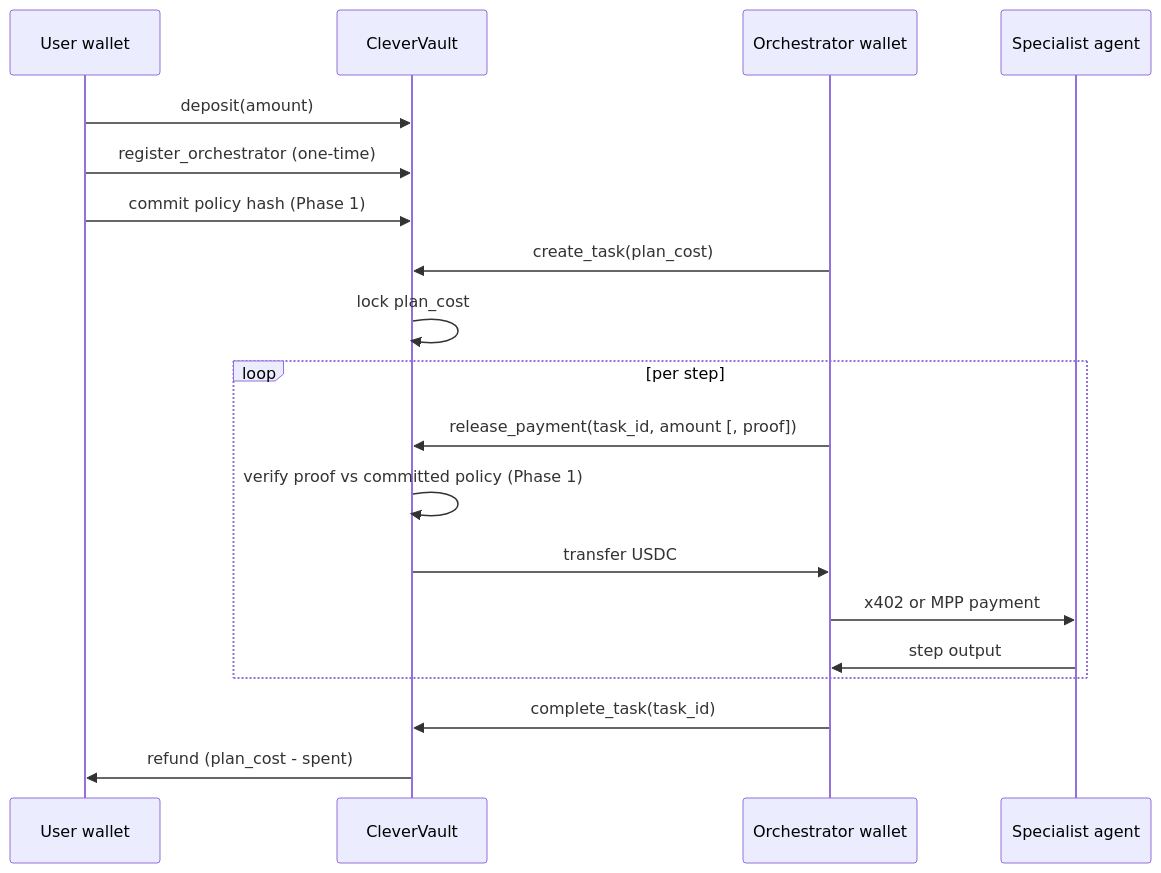
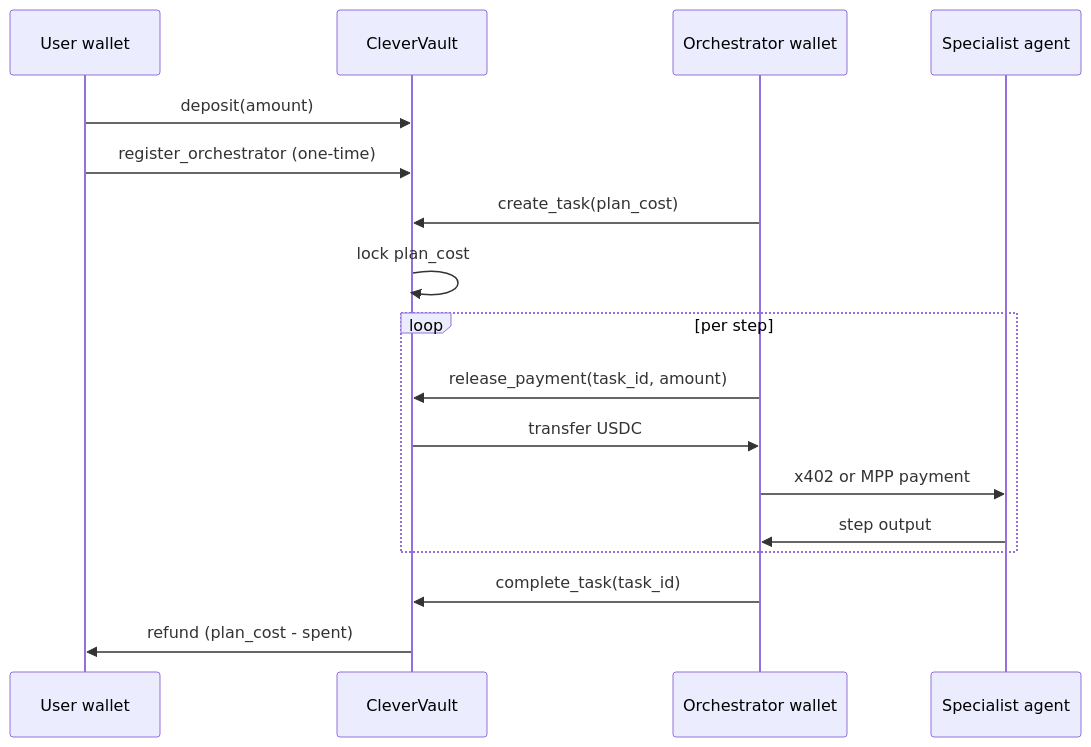
One commit to BountySpaghetti/clevercon changed the third of 3 diagrams in docs/architecture.md. Above: the diagram before and after it, drawn with Mermaid. The commit also changed other lines of this file and 6 other files, not shown here.

First line of the commit message:
Focus the docs on what CleverCon does today: a non-custodial vault, an orchestrator that hires agents, and payment over x402/MPP on testnet. Private spending policies are marked as roadmap, not present.

````diff
--- a/docs/architecture.md
+++ b/docs/architecture.md
@@ -175,22 +107,20 @@
 ```mermaid
 sequenceDiagram
     participant U as User wallet
     participant V as CleverVault
     participant O as Orchestrator wallet
     participant A as Specialist agent
 
     U->>V: deposit(amount)
     U->>V: register_orchestrator (one-time)
-    U->>V: commit policy hash (Phase 1)
     O->>V: create_task(plan_cost)
     V->>V: lock plan_cost
     loop per step
-        O->>V: release_payment(task_id, amount [, proof])
-        V->>V: verify proof vs committed policy (Phase 1)
+        O->>V: release_payment(task_id, amount)
         V->>O: transfer USDC
         O->>A: x402 or MPP payment
         A->>O: step output
     end
     O->>V: complete_task(task_id)
     V->>U: refund (plan_cost - spent)
 ```
````
